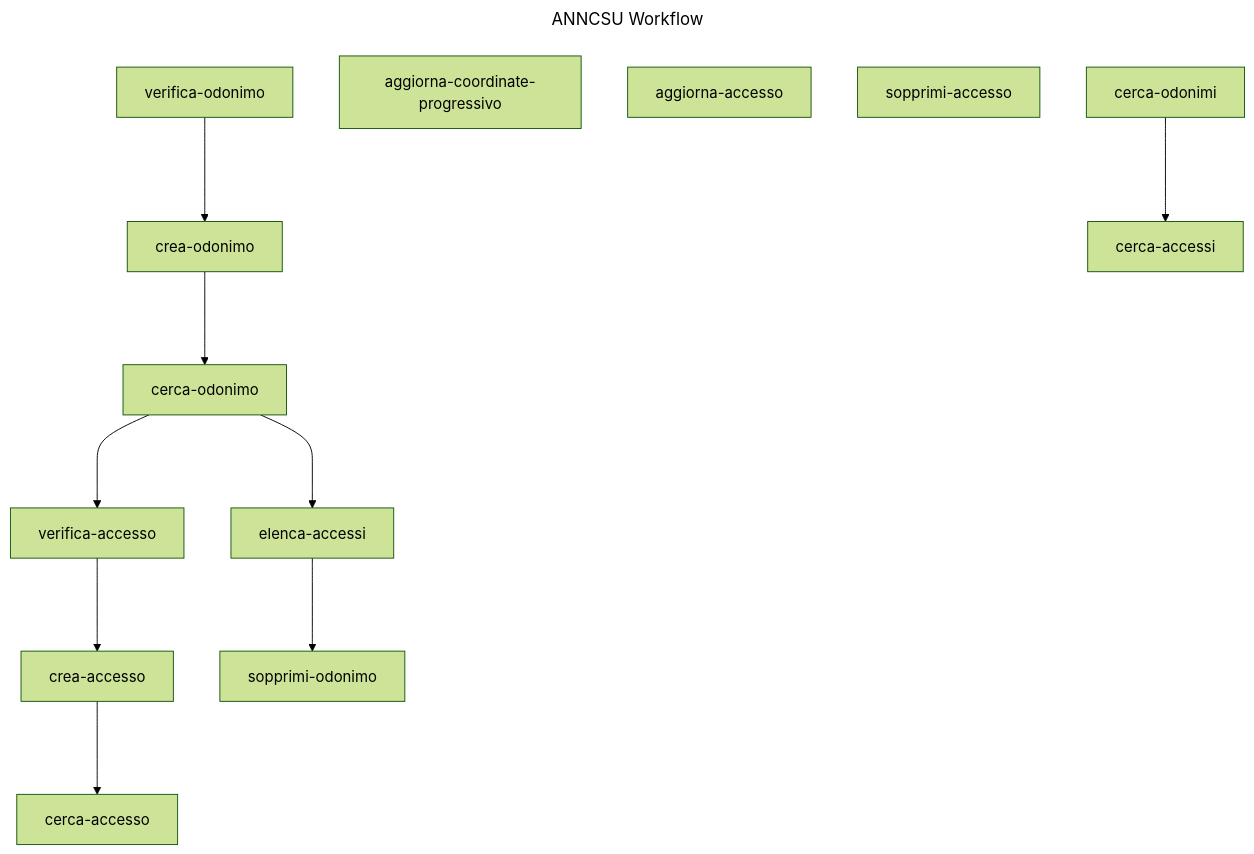
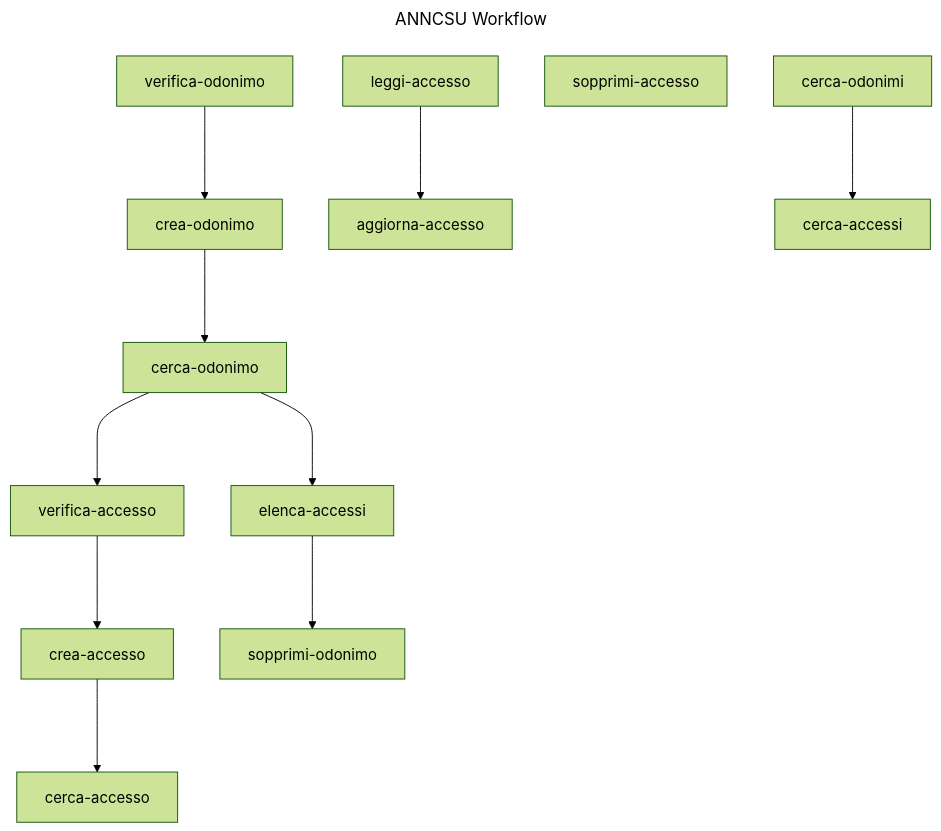
Before and after one commit to anncsu-open/anncsu-workflow-api: the diagram in docs/workflows.md, drawn with Mermaid (forest theme). The commit also changed other lines of this file and 16 other files, not shown here.

````diff
--- a/docs/workflows.md
+++ b/docs/workflows.md
@@ -9,28 +9,29 @@
 ```mermaid
 ---
 title: ANNCSU Workflow
 ---
 graph TD
 verifica_odonimo["verifica-odonimo"]
 crea_odonimo["crea-odonimo"]
 cerca_odonimo["cerca-odonimo"]
 verifica_accesso["verifica-accesso"]
 crea_accesso["crea-accesso"]
 cerca_accesso["cerca-accesso"]
-aggiorna_coordinate_progressivo["aggiorna-coordinate-progressivo"]
+leggi_accesso["leggi-accesso"]
 aggiorna_accesso["aggiorna-accesso"]
 cerca_odonimo["cerca-odonimo"]
 elenca_accessi["elenca-accessi"]
 sopprimi_odonimo["sopprimi-odonimo"]
 sopprimi_accesso["sopprimi-accesso"]
 cerca_odonimi["cerca-odonimi"]
 cerca_accessi["cerca-accessi"]
 verifica_odonimo ---> crea_odonimo
 crea_odonimo ---> cerca_odonimo
 cerca_odonimo ---> verifica_accesso
 verifica_accesso ---> crea_accesso
 crea_accesso ---> cerca_accesso
+leggi_accesso ---> aggiorna_accesso
 cerca_odonimo ---> elenca_accessi
 elenca_accessi ---> sopprimi_odonimo
 cerca_odonimi ---> cerca_accessi
 ```
````
